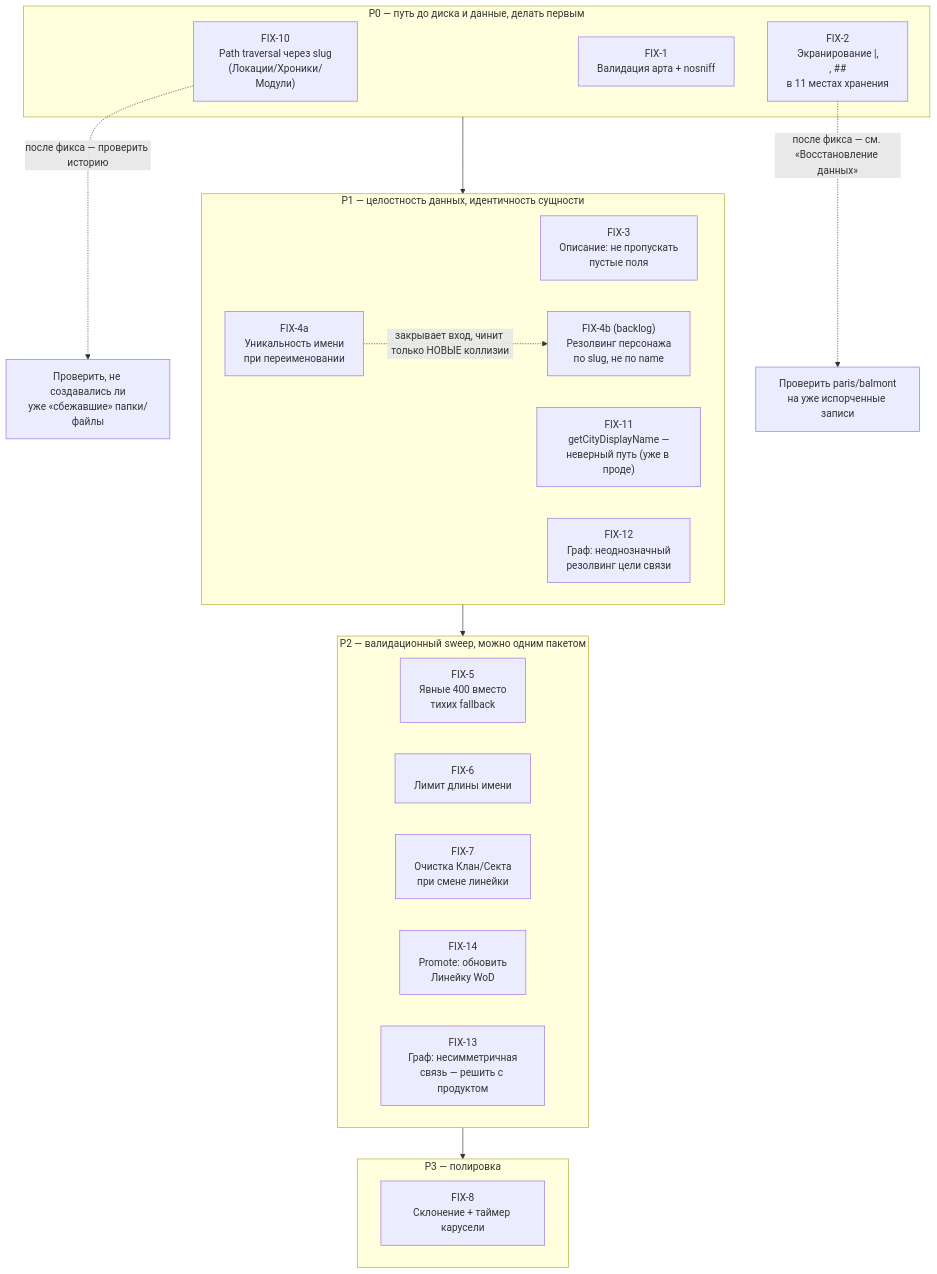
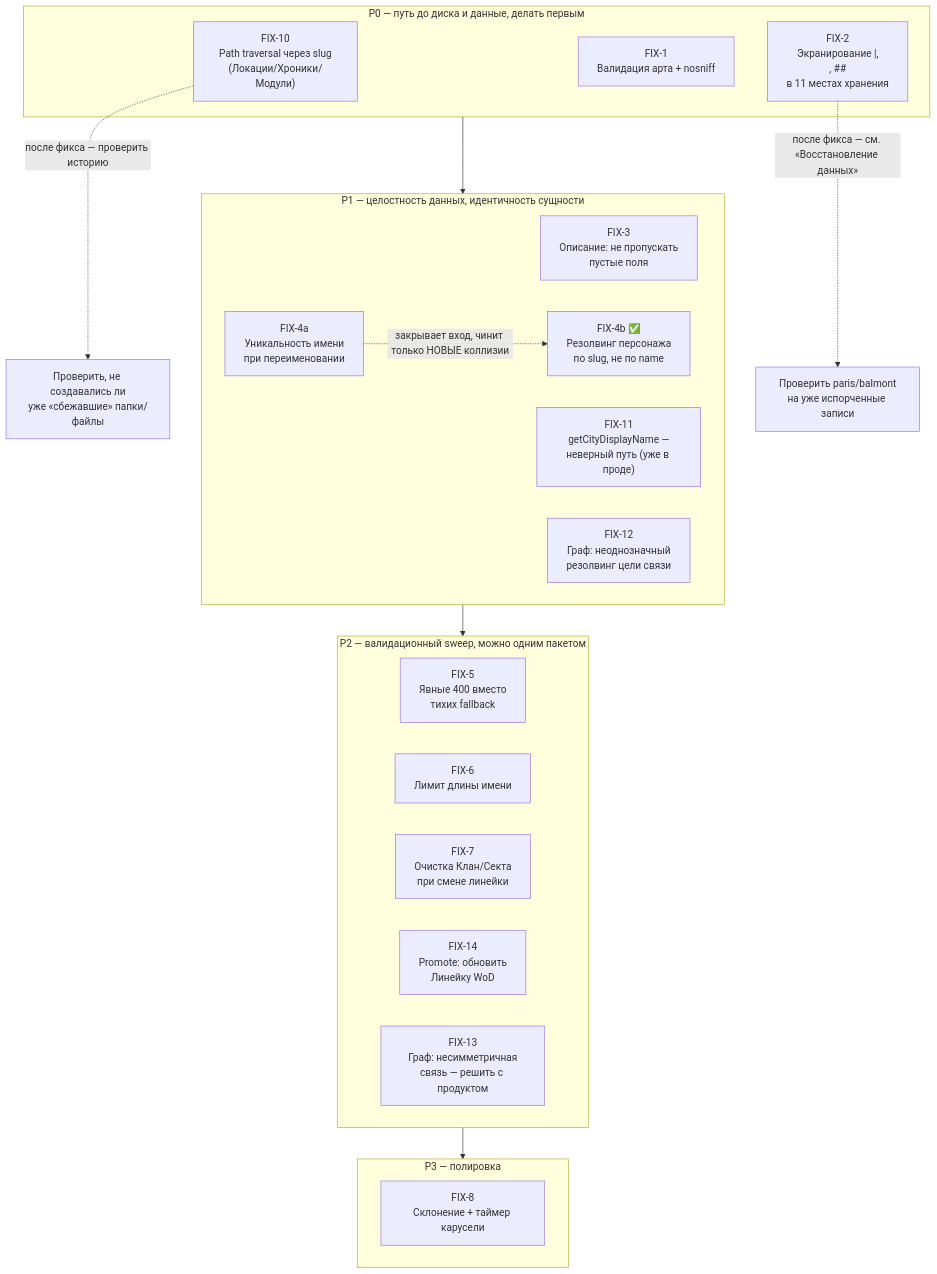
The diagram in docs/audit/2026-07-28-fix-plan.md (Dominictm/Sanguine_System_test), drawn with Mermaid before and after one commit. The commit also changed other lines of this file and 11 other files, not shown here.

````diff
--- a/docs/audit/2026-07-28-fix-plan.md
+++ b/docs/audit/2026-07-28-fix-plan.md
@@ -63,31 +63,31 @@
 ```mermaid
 flowchart TD
     subgraph P0["P0 — путь до диска и данные, делать первым"]
         FIX10["FIX-10<br/>Path traversal через slug<br/>(Локации/Хроники/Модули)"]
         FIX1["FIX-1<br/>Валидация арта + nosniff"]
         FIX2["FIX-2<br/>Экранирование |, \n, ##<br/>в 11 местах хранения"]
     end
     subgraph P1["P1 — целостность данных, идентичность сущности"]
         FIX3["FIX-3<br/>Описание: не пропускать<br/>пустые поля"]
         FIX4a["FIX-4a<br/>Уникальность имени<br/>при переименовании"]
-        FIX4b["FIX-4b (backlog)<br/>Резолвинг персонажа<br/>по slug, не по name"]
+        FIX4b["FIX-4b ✅<br/>Резолвинг персонажа<br/>по slug, не по name"]
         FIX11["FIX-11<br/>getCityDisplayName —<br/>неверный путь (уже в проде)"]
         FIX12["FIX-12<br/>Граф: неоднозначный<br/>резолвинг цели связи"]
     end
     subgraph P2["P2 — валидационный sweep, можно одним пакетом"]
         FIX5["FIX-5<br/>Явные 400 вместо<br/>тихих fallback"]
         FIX6["FIX-6<br/>Лимит длины имени"]
         FIX7["FIX-7<br/>Очистка Клан/Секта<br/>при смене линейки"]
         FIX14["FIX-14<br/>Promote: обновить<br/>Линейку WoD"]
         FIX13["FIX-13<br/>Граф: несимметричная<br/>связь — решить с продуктом"]
     end
     subgraph P3["P3 — полировка"]
         FIX8["FIX-8<br/>Склонение + таймер карусели"]
     end
 
     FIX4a -.->|закрывает вход, чинит только НОВЫЕ коллизии| FIX4b
     FIX2 -.->|после фикса — см. «Восстановление данных»| RECOVERY["Проверить paris/balmont<br/>на уже испорченные записи"]
     FIX10 -.->|после фикса — проверить историю| RECOVERY2["Проверить, не создавались ли<br/>уже «сбежавшие» папки/файлы"]
 
     P0 --> P1 --> P2 --> P3
 ```
````
